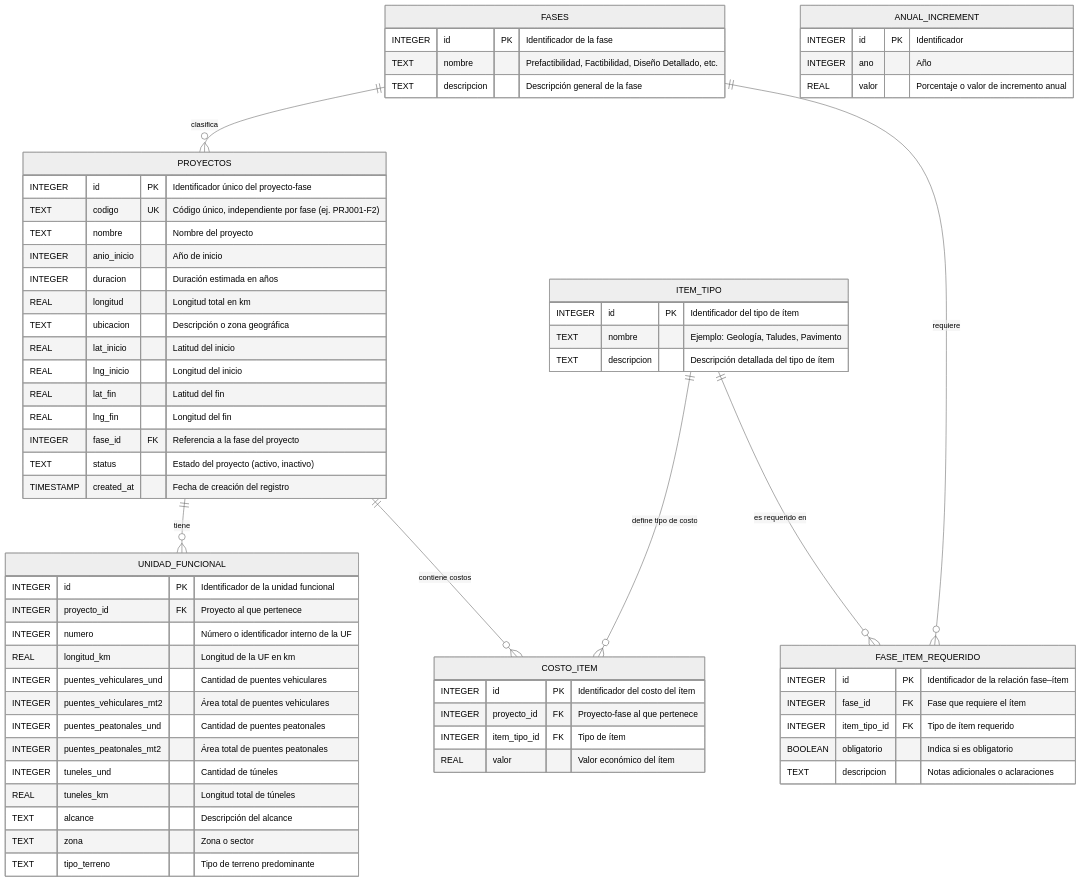
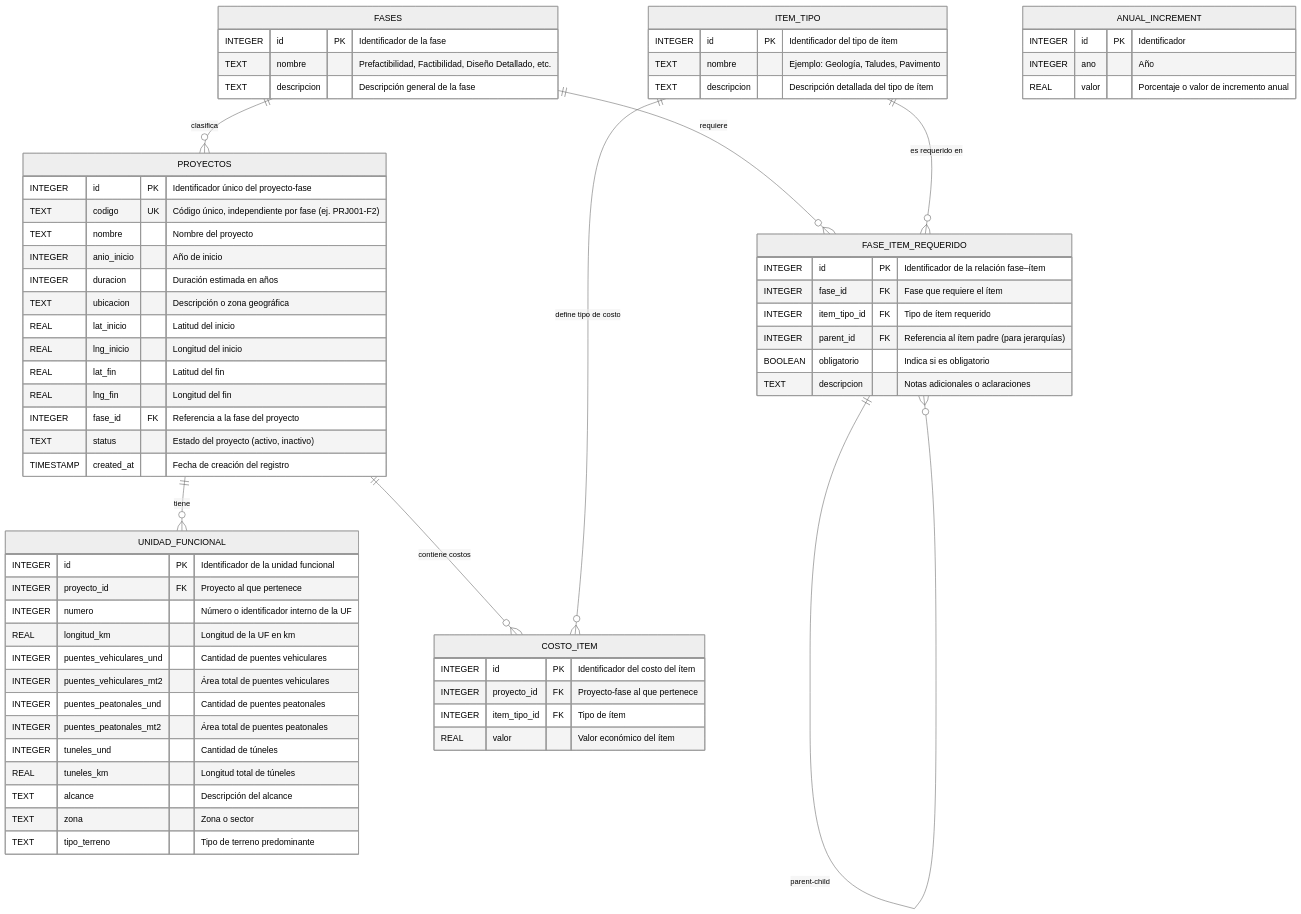
One commit to datascienceingetec/Road-Project-Prediction changed the diagram in backend/docs/DB_SCHEMA.md. Above: the diagram before and after it, drawn with Mermaid (neutral theme). The commit also changed other lines of this file and 3 other files, not shown here.

First line of the commit message:
Add computed properties and parent-child relationships in database schema

````diff
--- a/backend/docs/DB_SCHEMA.md
+++ b/backend/docs/DB_SCHEMA.md
@@ -12,7 +12,6 @@
         TEXT nombre "Nombre del proyecto"
         INTEGER anio_inicio "Año de inicio"
         INTEGER duracion "Duración estimada en años"
-        REAL longitud "Longitud total en km"
         TEXT ubicacion "Descripción o zona geográfica"
         REAL lat_inicio "Latitud del inicio"
         REAL lng_inicio "Longitud del inicio"
@@ -55,6 +54,7 @@
         INTEGER id PK "Identificador de la relación fase–ítem"
         INTEGER fase_id FK "Fase que requiere el ítem"
         INTEGER item_tipo_id FK "Tipo de ítem requerido"
+        INTEGER parent_id FK "Referencia al ítem padre (para jerarquías)"
         BOOLEAN obligatorio "Indica si es obligatorio"
         TEXT descripcion "Notas adicionales o aclaraciones"
     }
@@ -79,4 +79,5 @@
     ITEM_TIPO ||--o{ COSTO_ITEM : "define tipo de costo"
     FASES ||--o{ FASE_ITEM_REQUERIDO : "requiere"
     ITEM_TIPO ||--o{ FASE_ITEM_REQUERIDO : "es requerido en"
+    FASE_ITEM_REQUERIDO ||--o{ FASE_ITEM_REQUERIDO : "parent-child"
 ```
````
